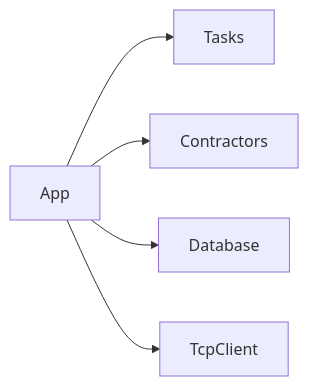
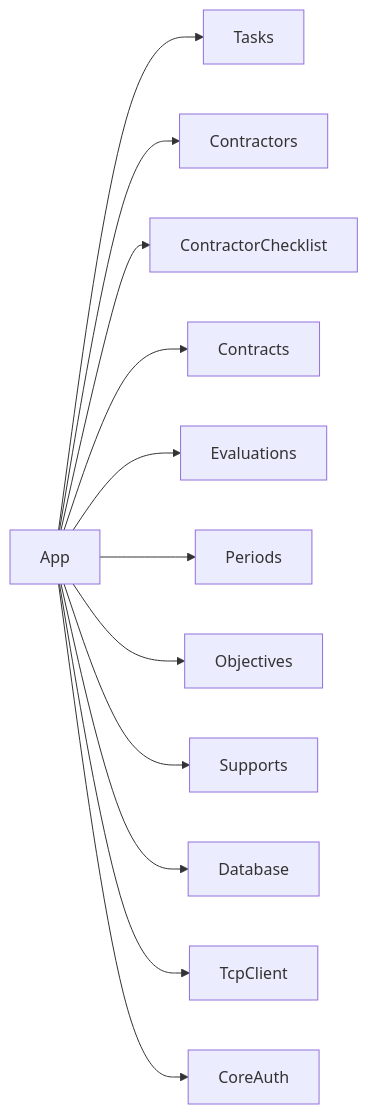
The fourth of 4 diagrams in ARCHITECTURE.md (DesarrolloSiellano/contratos-backend-bpo), drawn with Mermaid before and after one commit. The commit also changed other lines of this file and 44 other files, not shown here.

````diff
--- a/ARCHITECTURE.md
+++ b/ARCHITECTURE.md
@@ -55,7 +56,14 @@
 ```mermaid
 graph LR
     App --> Tasks
     App --> Contractors
+    App --> ContractorChecklist
+    App --> Contracts
+    App --> Evaluations
+    App --> Periods
+    App --> Objectives
+    App --> Supports
     App --> Database
     App --> TcpClient
+    App --> CoreAuth
 ```
````
